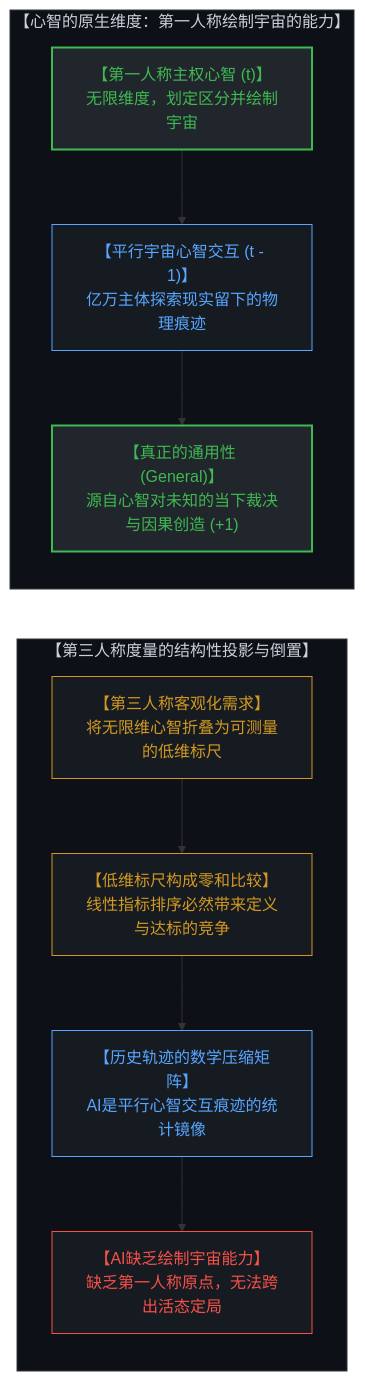
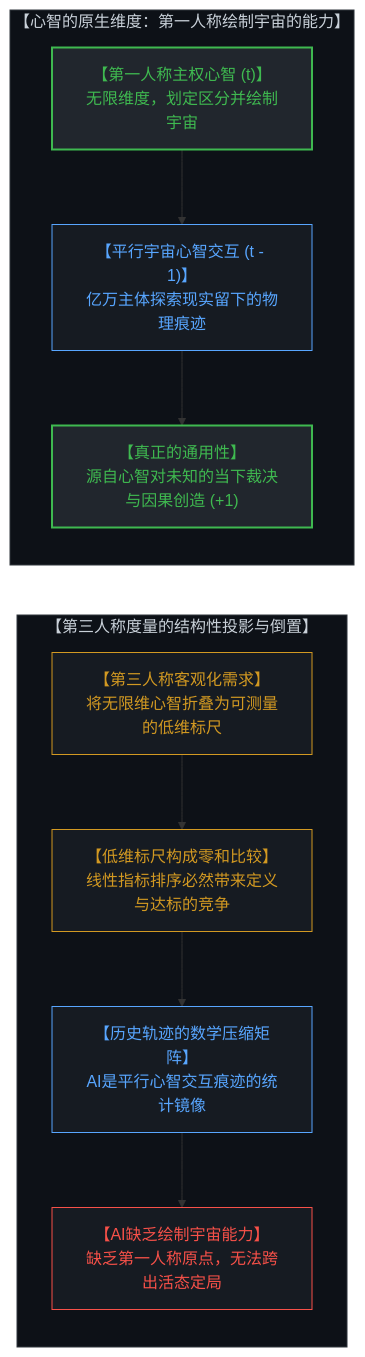
Before and after one commit to powerpig99/not-a-toe: diagram 13 of 16 in content/posts/the-dissolution-of-the-great-reversal.md, drawn with Mermaid. The commit also changed other lines of this file and 2 other files, not shown here.

````diff
--- a/content/posts/the-dissolution-of-the-great-reversal.md
+++ b/content/posts/the-dissolution-of-the-great-reversal.md
@@ -583,34 +583,34 @@
 ```mermaid
 graph TD
     subgraph MindCosmicPainting["【心智的原生维度：第一人称绘制宇宙的能力】"]
         direction TB
         SovereignObserver["【第一人称主权心智 (t)】<br>无限维度，划定区分并绘制宇宙"]
         ParallelMindInteractions["【平行宇宙心智交互 (t - 1)】<br>亿万主体探索现实留下的物理痕迹"]
-        TrueGeneralWisdom["【真正的通用性 (General)】<br>源自心智对未知的当下裁决与因果创造 (+1)"]
+        TrueGeneralWisdom["【真正的通用性】<br>源自心智对未知的当下裁决与因果创造 (+1)"]
         SovereignObserver --> ParallelMindInteractions
         ParallelMindInteractions --> TrueGeneralWisdom
     end
 
     subgraph AGITraceMirror["【第三人称度量的结构性投影与倒置】"]
         direction TB
         MetricProjection["【第三人称客观化需求】<br>将无限维心智折叠为可测量的低维标尺"]
         ZeroSumStructure["【低维标尺构成零和比较】<br>线性指标排序必然带来定义与达标的竞争"]
         ModelCompression["【历史轨迹的数学压缩矩阵】<br>AI是平行心智交互痕迹的统计镜像"]
         NoUniversePainting["【AI缺乏绘制宇宙能力】<br>缺乏第一人称原点，无法跨出活态定局"]
         MetricProjection --> ZeroSumStructure
         ZeroSumStructure --> ModelCompression
         ModelCompression --> NoUniversePainting
     end
 
     TrueGeneralWisdom ~~~ MetricProjection
 
     style MindCosmicPainting fill:#0d1117,stroke:#30363d,stroke-width:1px,color:#c9d1d9
     style SovereignObserver fill:#21262d,stroke:#3fb950,stroke-width:2px,color:#3fb950
     style ParallelMindInteractions fill:#161b22,stroke:#58a6ff,stroke-width:1px,color:#58a6ff
     style TrueGeneralWisdom fill:#21262d,stroke:#3fb950,stroke-width:2px,color:#3fb950
     style AGITraceMirror fill:#0d1117,stroke:#30363d,stroke-width:1px,color:#c9d1d9
     style MetricProjection fill:#161b22,stroke:#d29922,stroke-width:1px,color:#d29922
     style ZeroSumStructure fill:#161b22,stroke:#d29922,stroke-width:1px,color:#d29922
     style ModelCompression fill:#161b22,stroke:#58a6ff,stroke-width:1px,color:#58a6ff
     style NoUniversePainting fill:#161b22,stroke:#f85149,stroke-width:1px,color:#f85149
 ```
````
